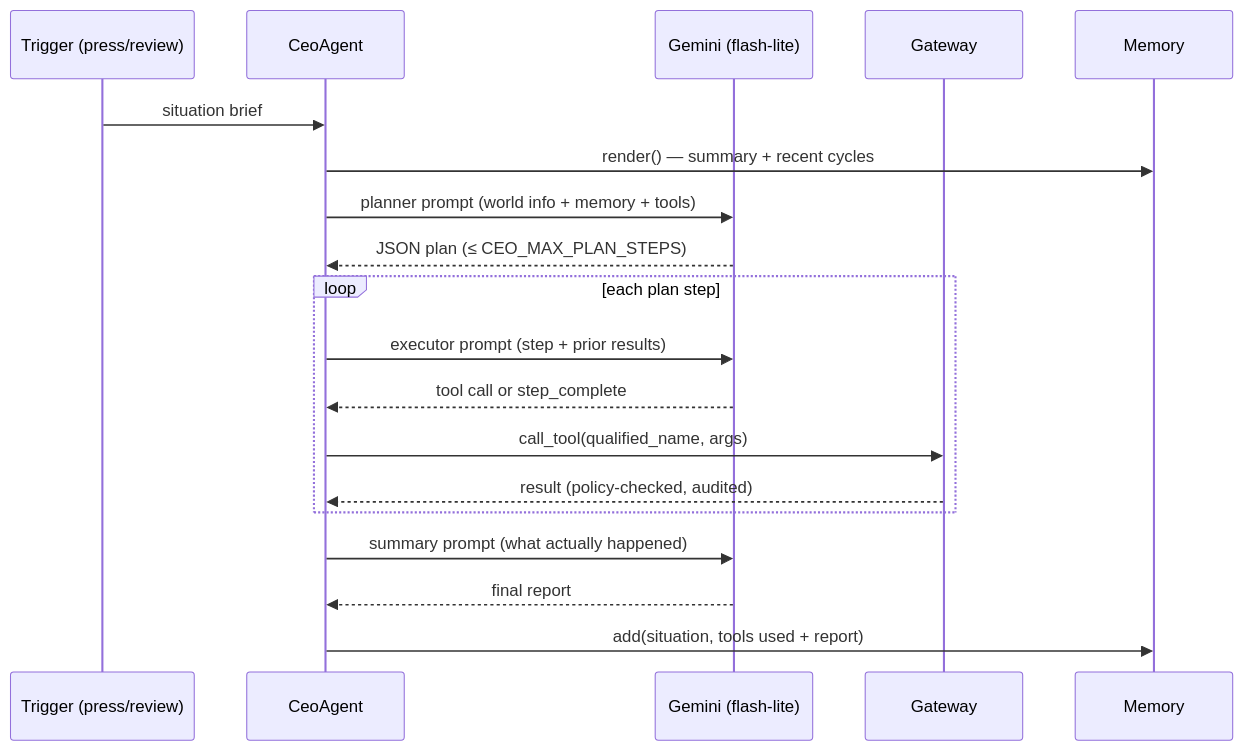
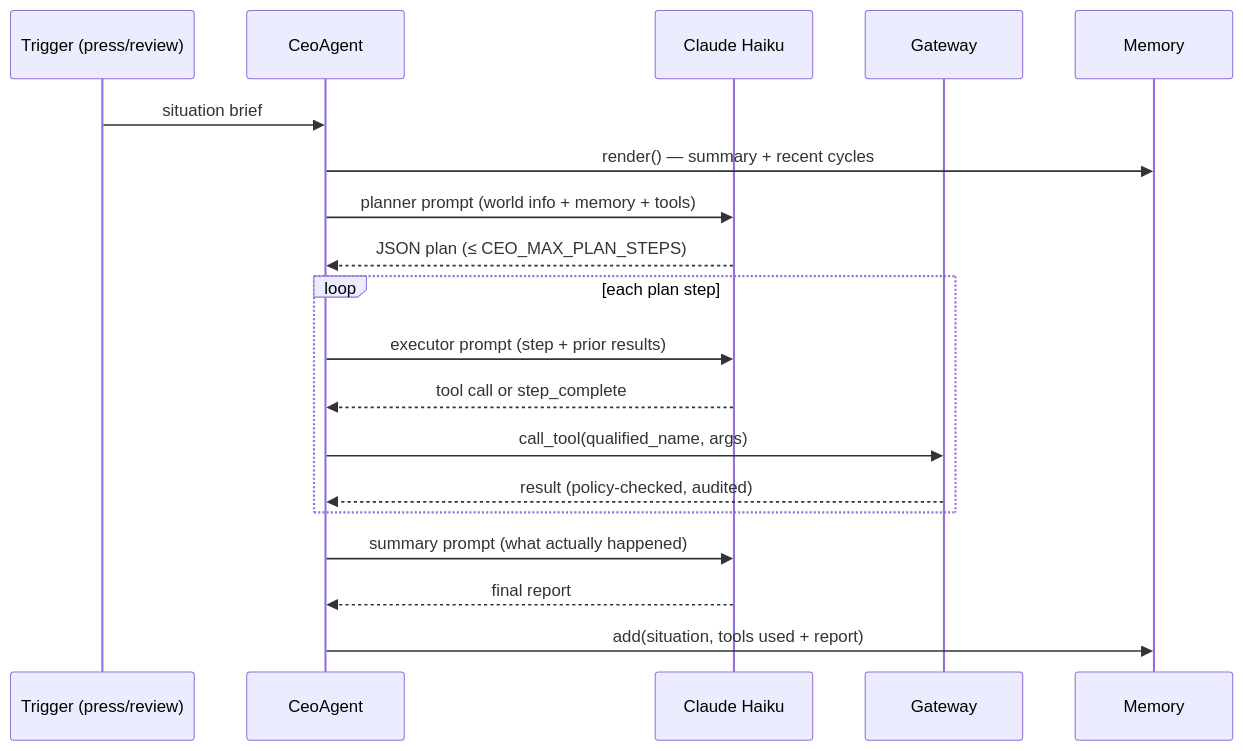
One commit to Hani-Azzam/Brightway_HappyTuna changed the second of 3 diagrams in docs/ceo-agent.md. Above: the diagram before and after it, drawn with Mermaid. The commit also changed other lines of this file and 21 other files, not shown here.

First line of the commit message:
stable-release: run every agent on Claude Haiku

````diff
--- a/docs/ceo-agent.md
+++ b/docs/ceo-agent.md
@@ -52,22 +52,22 @@
 ```mermaid
 sequenceDiagram
     participant T as Trigger (press/review)
     participant C as CeoAgent
-    participant L as Gemini (flash-lite)
+    participant L as Claude Haiku
     participant G as Gateway
     participant M as Memory
 
     T->>C: situation brief
     C->>M: render() — summary + recent cycles
     C->>L: planner prompt (world info + memory + tools)
     L-->>C: JSON plan (≤ CEO_MAX_PLAN_STEPS)
     loop each plan step
         C->>L: executor prompt (step + prior results)
         L-->>C: tool call or step_complete
         C->>G: call_tool(qualified_name, args)
         G-->>C: result (policy-checked, audited)
     end
     C->>L: summary prompt (what actually happened)
     L-->>C: final report
     C->>M: add(situation, tools used + report)
 ```
````
